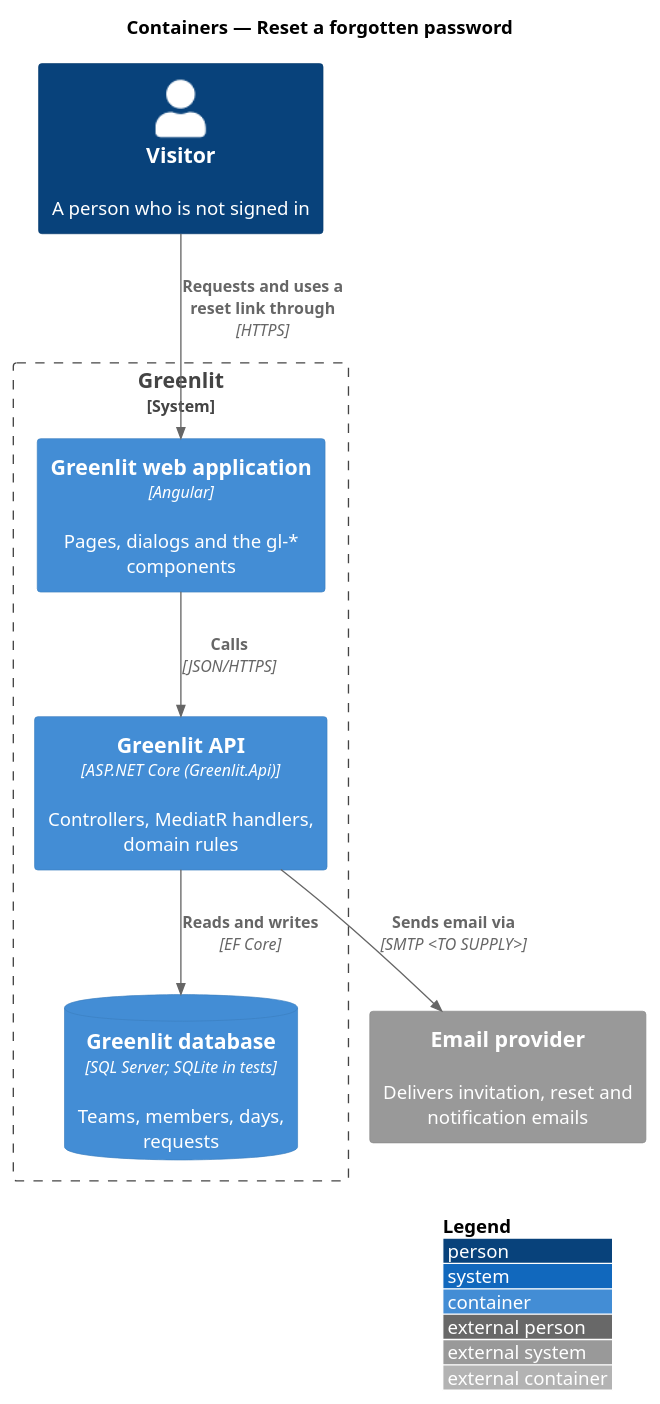
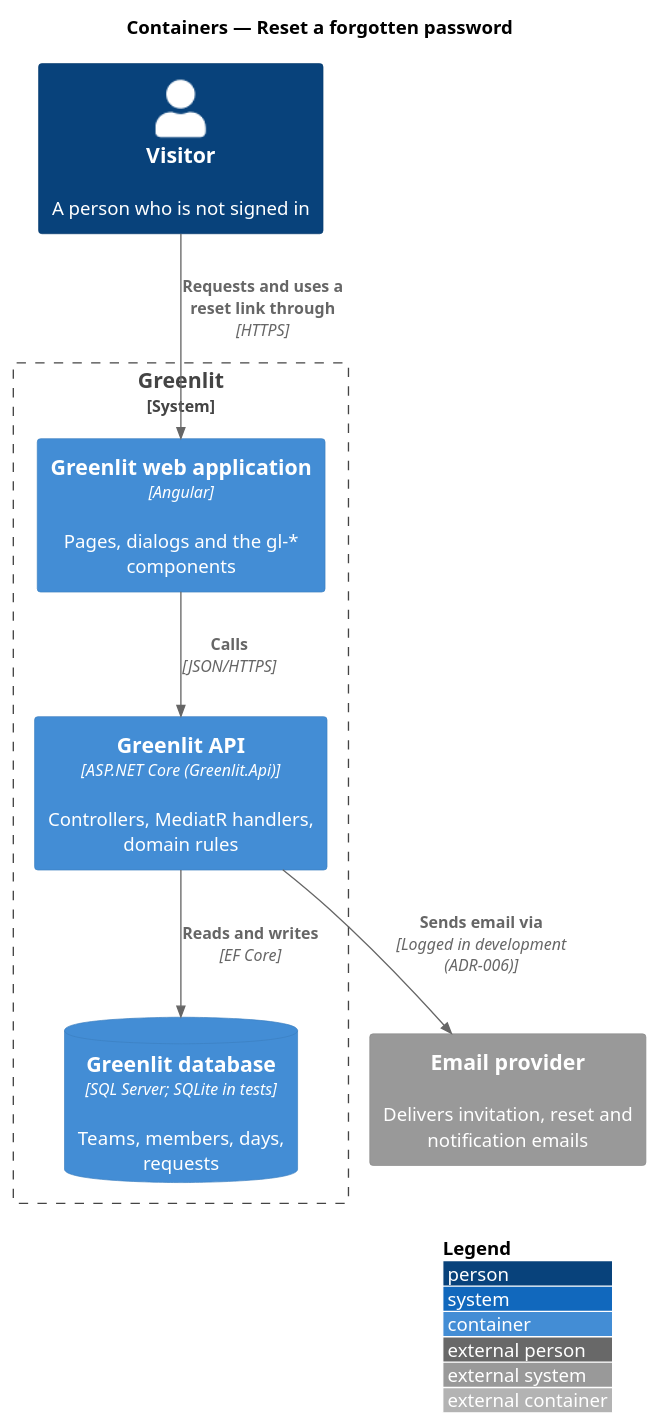
The diagram in docs/detailed-designs/identity-and-access/reset-password/diagrams/c4-container.puml (QuinntyneBrown/greenlit), drawn with PlantUML before and after one commit. The commit also changed 4 other files, not shown here.

```diff
--- a/docs/detailed-designs/identity-and-access/reset-password/diagrams/c4-container.puml
+++ b/docs/detailed-designs/identity-and-access/reset-password/diagrams/c4-container.puml
@@ -1,18 +1,18 @@
 @startuml
 !include <C4/C4_Container>
 LAYOUT_WITH_LEGEND()
 title Containers — Reset a forgotten password
 
 Person(visitor, "Visitor", "A person who is not signed in")
 System_Boundary(greenlit, "Greenlit") {
   Container(spa, "Greenlit web application", "Angular", "Pages, dialogs and the gl-* components")
   Container(api, "Greenlit API", "ASP.NET Core (Greenlit.Api)", "Controllers, MediatR handlers, domain rules")
   ContainerDb(db, "Greenlit database", "SQL Server; SQLite in tests", "Teams, members, days, requests")
 }
 System_Ext(email, "Email provider", "Delivers invitation, reset and notification emails")
 
 Rel(visitor, spa, "Requests and uses a reset link through", "HTTPS")
 Rel(spa, api, "Calls", "JSON/HTTPS")
 Rel(api, db, "Reads and writes", "EF Core")
-Rel(api, email, "Sends email via", "SMTP <TO SUPPLY>")
+Rel(api, email, "Sends email via", "Logged in development (ADR-006)")
 @enduml
```
